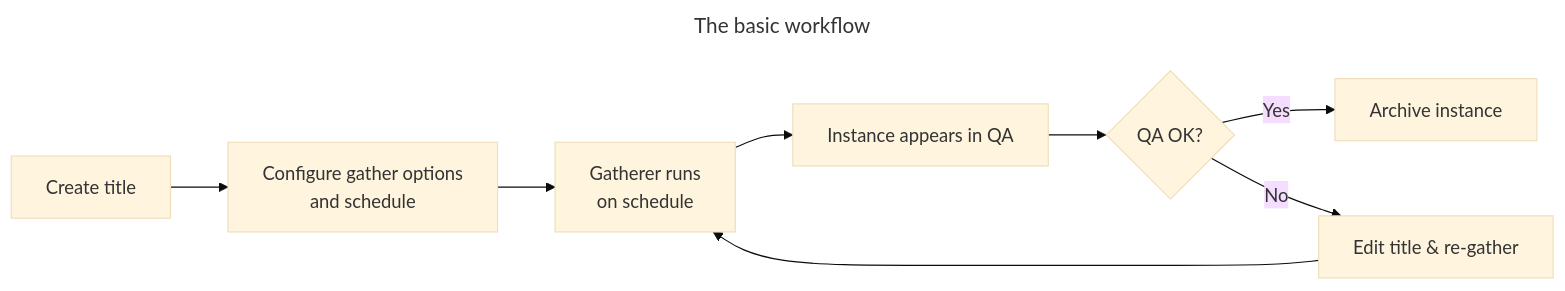
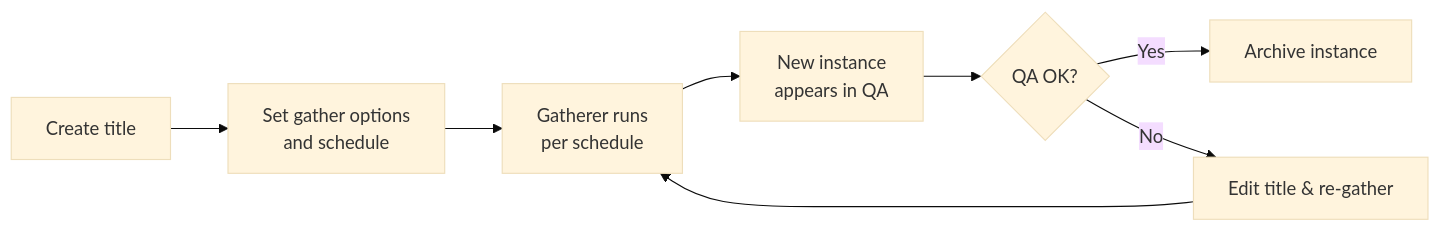
The diagram in docs/your-first-gather.md (nla/pandas4), drawn with Mermaid (base theme) before and after one commit.

Commit message:
Update your-first-gather.md wording

````diff
--- a/docs/your-first-gather.md
+++ b/docs/your-first-gather.md
@@ -10,13 +10,13 @@
 ```mermaid
 ---
-title: The basic workflow
+The basic workflow
 ---
 flowchart LR
-A[Create title] --> B[Configure gather options\n and schedule]
-B --> E[Gatherer runs\non schedule]
-E --> F[Instance appears in QA]
+A[Create title] --> B[Set gather options<br> and schedule]
+B --> E[Gatherer runs<br>per schedule]
+E --> F[New instance<br>appears in QA]
 F --> G{QA OK?}
 G -- Yes --> H[Archive instance]
 G -- No  --> I[Edit title & re-gather]
 I --> E
 ```
````
